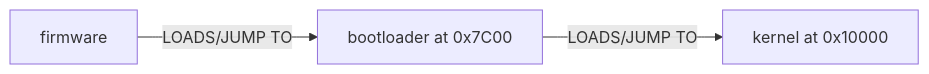
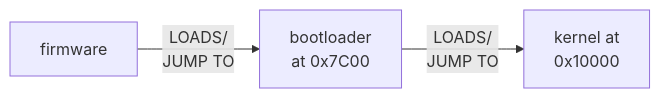
Before and after one commit to rossanx/akfs: the first of 2 diagrams in docs/journal.md, drawn with Mermaid. The commit also changed other lines of this file and 1 other file, not shown here.

Commit message:
Modified mermaid graphs - only useful in GITLAB...

````diff
--- a/docs/journal.md
+++ b/docs/journal.md
@@ -39,4 +39,4 @@
 ```mermaid
 graph LR;
-firmware -- LOADS/JUMP TO --> id1["bootloader at 0x7C00"] -- LOADS/JUMP TO --> id2["kernel at 0x10000"];
+firmware -- LOADS/<br/>JUMP TO --> id1["bootloader<br/>at 0x7C00"] -- LOADS/<br/>JUMP TO --> id2["kernel at<br/>0x10000"];
 ```
````
